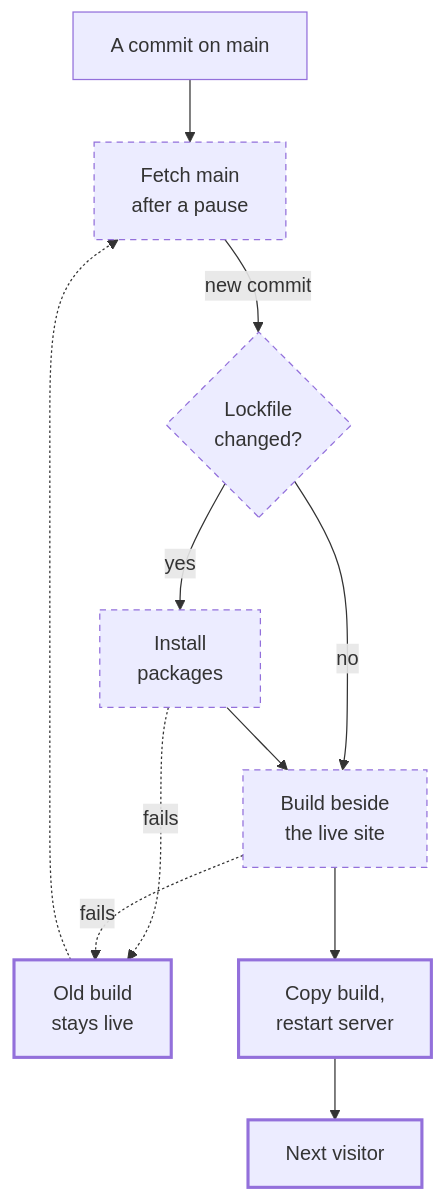
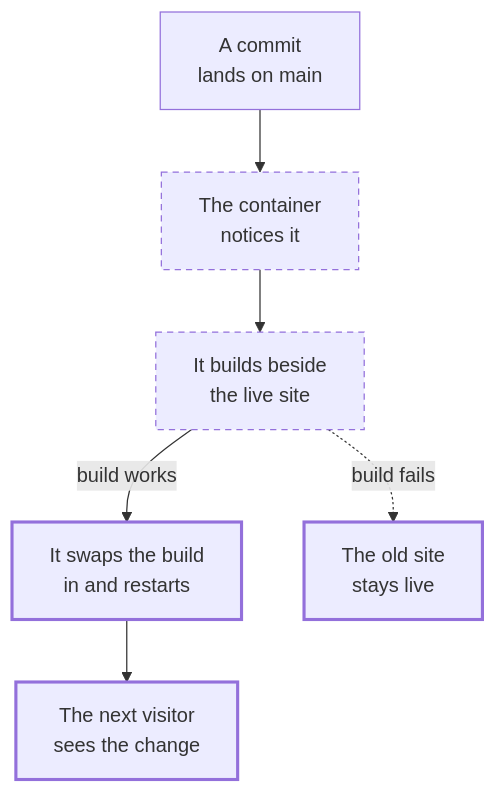
One commit to feffef/terrarium changed the diagram in layers/glassbox/content/guide/pages/walkthroughs/a-change-goes-live.md. Above: the diagram before and after it, drawn with Mermaid. The commit also changed 3 other files, not shown here.

First line of the commit message:
glassbox: redraw the "A change goes live" diagram as a simple picture; make it the model

````diff
--- a/layers/glassbox/content/guide/pages/walkthroughs/a-change-goes-live.md
+++ b/layers/glassbox/content/guide/pages/walkthroughs/a-change-goes-live.md
@@ -12,17 +12,12 @@
 ```mermaid
 flowchart TD
-  main["A commit on main"] --> fetch["Fetch main<br>after a pause"]
-  fetch -- "new commit" --> lock{"Lockfile<br>changed?"}
-  lock -- "yes" --> install["Install<br>packages"]
-  lock -- "no" --> build["Build beside<br>the live site"]
-  install --> build
-  install -. "fails" .-> keep["Old build<br>stays live"]
-  build -. "fails" .-> keep
-  keep -.-> fetch
-  build --> swap["Copy build,<br>restart server"]
-  swap --> visitor["Next visitor"]
-  classDef checkout stroke-dasharray:5 4
+  main["A commit<br>lands on main"] --> notice["The container<br>notices it"]
+  notice --> build["It builds beside<br>the live site"]
+  build -- "build works" --> swap["It swaps the build<br>in and restarts"]
+  build -. "build fails" .-> old["The old site<br>stays live"]
+  swap --> visitor["The next visitor<br>sees the change"]
+  classDef beside stroke-dasharray:5 4
   classDef live stroke-width:2.5px
-  class fetch,lock,install,build checkout
-  class swap,visitor,keep live
+  class notice,build beside
+  class swap,visitor,old live
 ```
````
